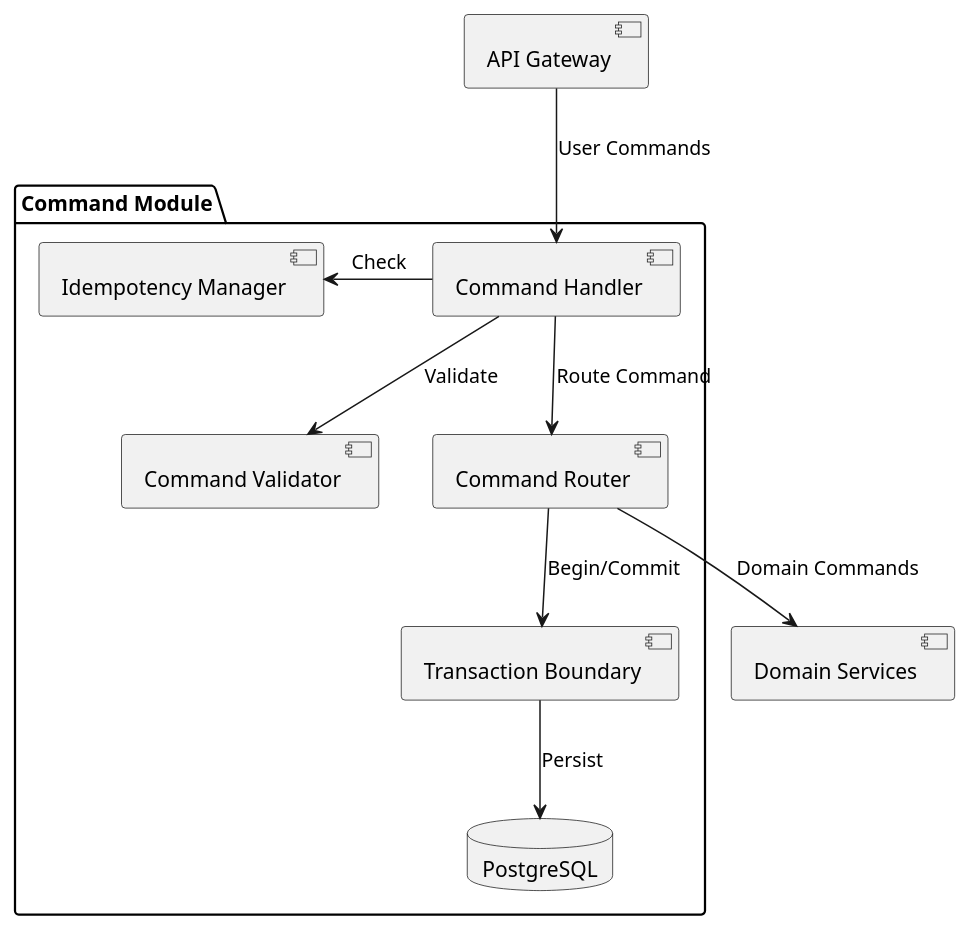
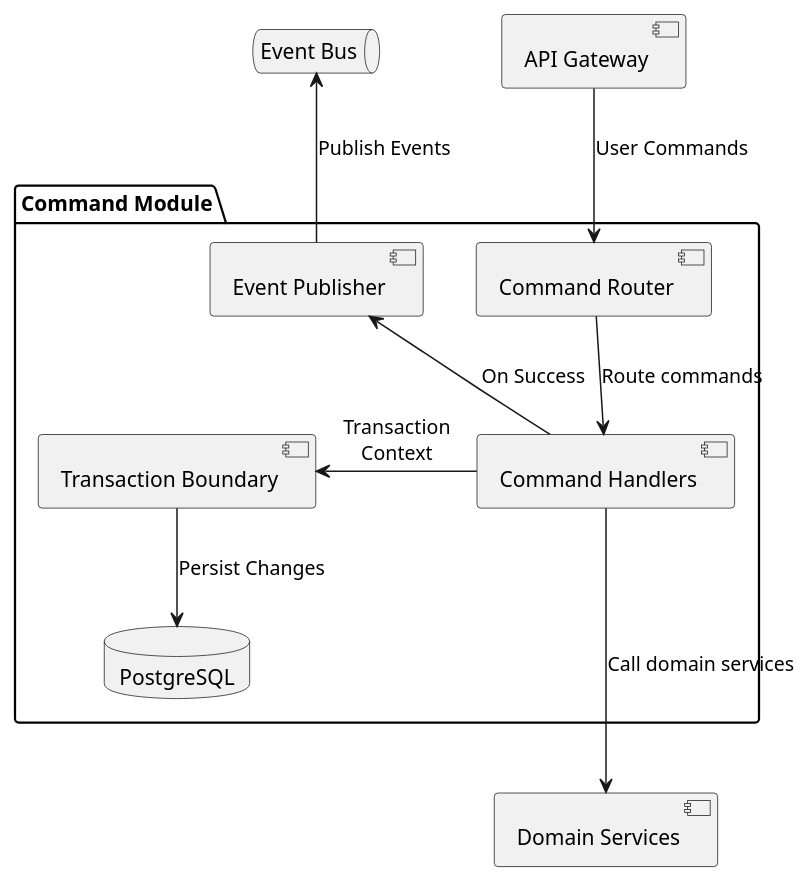
The fourth of 7 diagrams in docs/architecture.md (Osguima3/welz), drawn with PlantUML before and after one commit. The commit also changed other lines of this file and 59 other files, not shown here.

````diff
--- a/docs/architecture.md
+++ b/docs/architecture.md
@@ -501,22 +571,21 @@
 ```plantuml
 @startuml
 package "Command Module" {
-    [Command Handler]
-    [Command Validator]
     [Command Router]
+    [Command Handlers]
     [Transaction Boundary]
-    [Idempotency Manager]
+    [Event Publisher]
     database "PostgreSQL"
 }
 
-[API Gateway] --> [Command Handler] : User Commands
+queue "Event Bus"
 
-[Command Handler] --> [Command Validator] : Validate
-[Command Handler] -left-> [Idempotency Manager] : Check
-[Command Handler] --> [Command Router] : Route Command
-
-[Command Router] --> [Domain Services] : Domain Commands
-[Command Router] --> [Transaction Boundary] : Begin/Commit
-[Transaction Boundary] --> [PostgreSQL] : Persist
+[API Gateway] --> [Command Router] : User Commands
+[Command Router] --> [Command Handlers] : Route commands
+[Command Handlers] -left-> [Transaction Boundary] : Transaction\nContext
+[Transaction Boundary] -down-> [PostgreSQL] : Persist Changes
+[Command Handlers] -down--> [Domain Services] : Call domain services
+[Command Handlers] -up-> [Event Publisher] : On Success
+[Event Publisher] -up-> [Event Bus] : Publish Events
 @enduml
 ```
````
